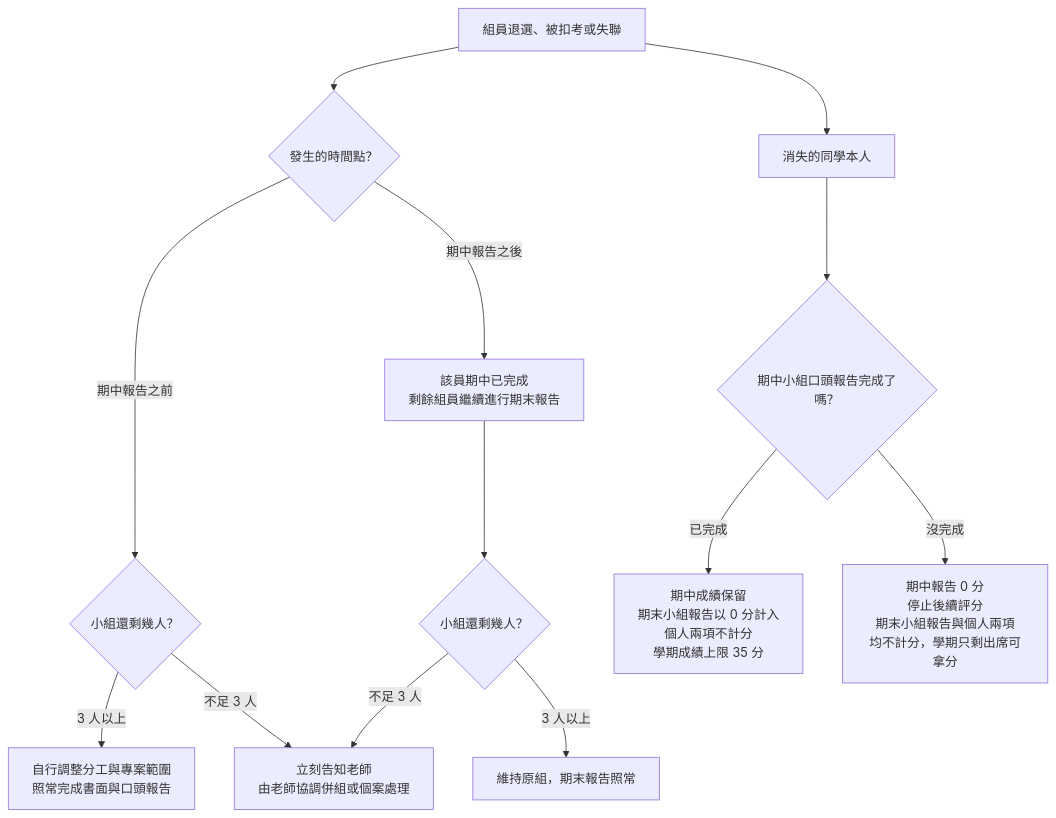
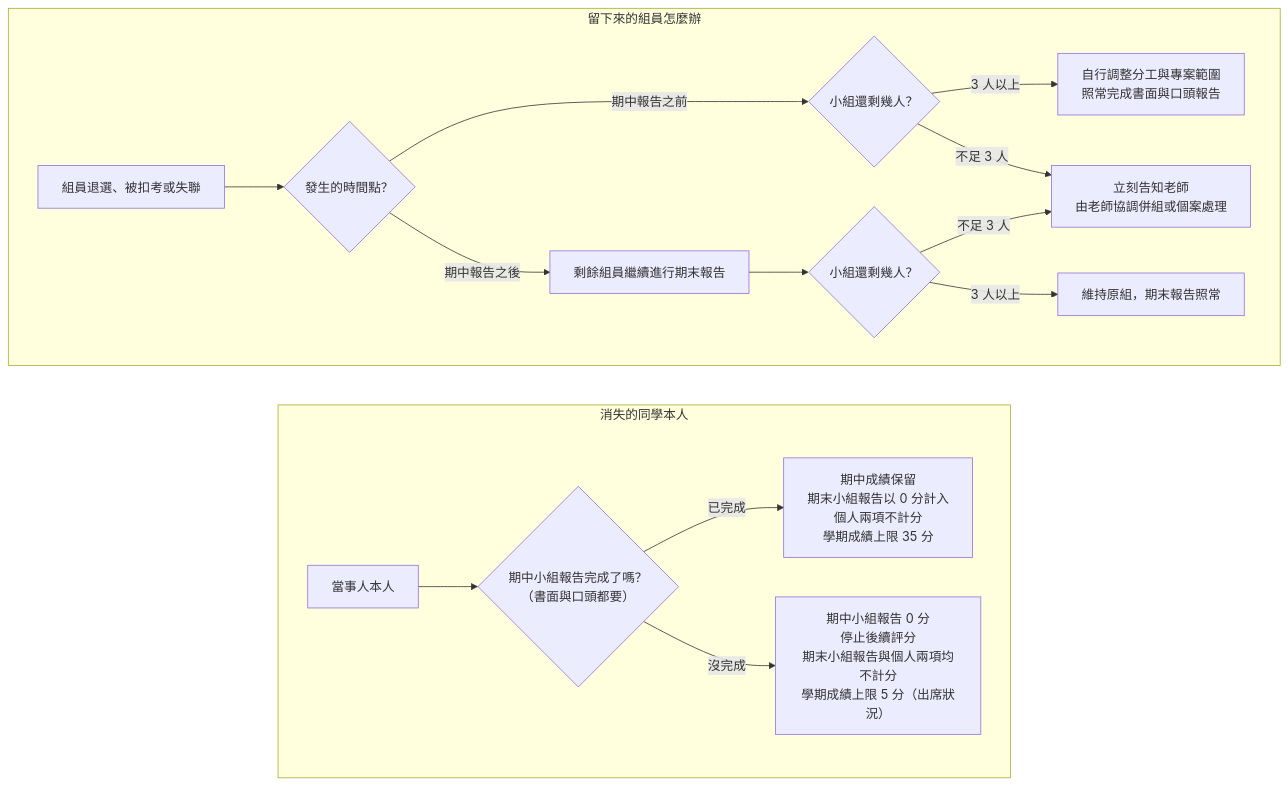
One commit to billy1125/system-analysis-and-design changed the diagram in Report-Rules.md. Above: the diagram before and after it, drawn with Mermaid. The commit also changed other lines of this file and 5 other files, not shown here.

````diff
--- a/Report-Rules.md
+++ b/Report-Rules.md
@@ -191,19 +254,21 @@
 ```mermaid
 flowchart TD
-    A["組員退選、被扣考或失聯"] --> B{"發生的時間點？"}
+    subgraph S1["留下來的組員怎麼辦"]
+        A["組員退選、被扣考或失聯"] --> B{"發生的時間點？"}
+        B -->|期中報告之前| C{"小組還剩幾人？"}
+        C -->|"3 人以上"| D["自行調整分工與專案範圍<br/>照常完成書面與口頭報告"]
+        C -->|"不足 3 人"| E["立刻告知老師<br/>由老師協調併組或個案處理"]
+        B -->|期中報告之後| F["剩餘組員繼續進行期末報告"]
+        F --> G{"小組還剩幾人？"}
+        G -->|"3 人以上"| H["維持原組，期末報告照常"]
+        G -->|"不足 3 人"| E
+    end
 
-    B -->|期中報告之前| C{"小組還剩幾人？"}
-    C -->|"3 人以上"| D["自行調整分工與專案範圍<br/>照常完成書面與口頭報告"]
-    C -->|"不足 3 人"| E["立刻告知老師<br/>由老師協調併組或個案處理"]
+    subgraph S2["消失的同學本人"]
+        I["當事人本人"] --> J{"期中小組報告完成了嗎？<br/>（書面與口頭都要）"}
+        J -->|"已完成"| K["期中成績保留<br/>期末小組報告以 0 分計入<br/>個人兩項不計分<br/>學期成績上限 35 分"]
+        J -->|"沒完成"| M["期中小組報告 0 分<br/>停止後續評分<br/>期末小組報告與個人兩項均不計分<br/>學期成績上限 5 分（出席狀況）"]
+    end
 
-    B -->|期中報告之後| F["該員期中已完成<br/>剩餘組員繼續進行期末報告"]
-    F --> G{"小組還剩幾人？"}
-    G -->|"3 人以上"| H["維持原組，期末報告照常"]
-    G -->|"不足 3 人"| E
-
-    A --> I["消失的同學本人"]
-    I --> J{"期中小組口頭報告完成了嗎？"}
-    J -->|"已完成"| L["期中成績保留<br/>期末小組報告以 0 分計入<br/>個人兩項不計分<br/>學期成績上限 35 分"]
-    J -->|"沒完成"| M["期中報告 0 分<br/>停止後續評分<br/>期末小組報告與個人兩項<br/>均不計分，學期只剩出席可拿分"]
-
+    S1 ~~~ S2
 ```
````
